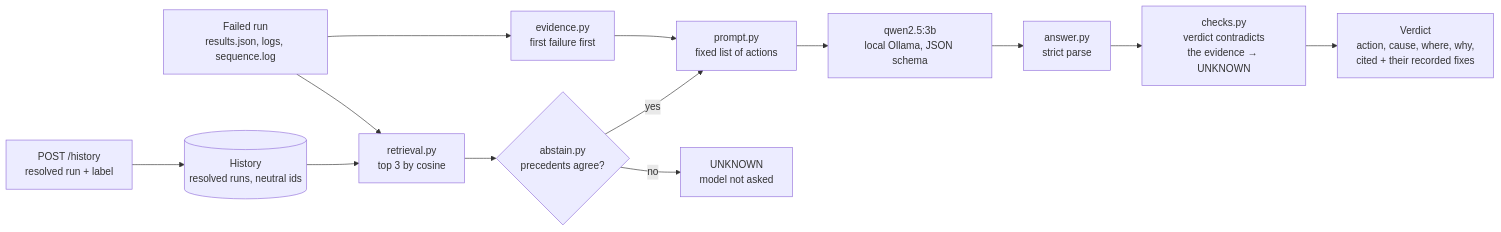
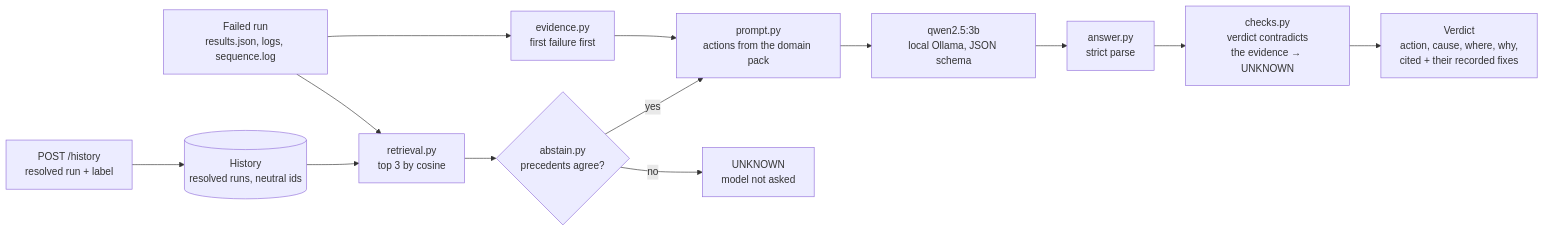
The fifth of 6 diagrams in docs/ARCHITECTURE.md (kaustubhagarwal18/virtual-rf-testbench), drawn with Mermaid before and after one commit. The commit also changed other lines of this file and 32 other files, not shown here.

First line of the commit message:
refactor(triage): move the actions, causes and domain description into a pack file

````diff
--- a/docs/ARCHITECTURE.md
+++ b/docs/ARCHITECTURE.md
@@ -212,15 +212,15 @@
 ```mermaid
 flowchart LR
     run["Failed run<br/>results.json, logs, sequence.log"] --> ev["evidence.py<br/>first failure first"]
     hist[("History<br/>resolved runs, neutral ids")] --> ret["retrieval.py<br/>top 3 by cosine"]
     run --> ret
-    ev --> pr["prompt.py<br/>fixed list of actions"]
+    ev --> pr["prompt.py<br/>actions from the domain pack"]
     ret --> gate{"abstain.py<br/>precedents agree?"}
     gate -- yes --> pr
     gate -- no --> unk["UNKNOWN<br/>model not asked"]
     pr --> llm["qwen2.5:3b<br/>local Ollama, JSON schema"]
     llm --> an["answer.py<br/>strict parse"]
     an --> chk["checks.py<br/>verdict contradicts<br/>the evidence → UNKNOWN"]
     chk --> verdict["Verdict<br/>action, cause, where, why,<br/>cited + their recorded fixes"]
     api["POST /history<br/>resolved run + label"] --> hist
 ```
````
